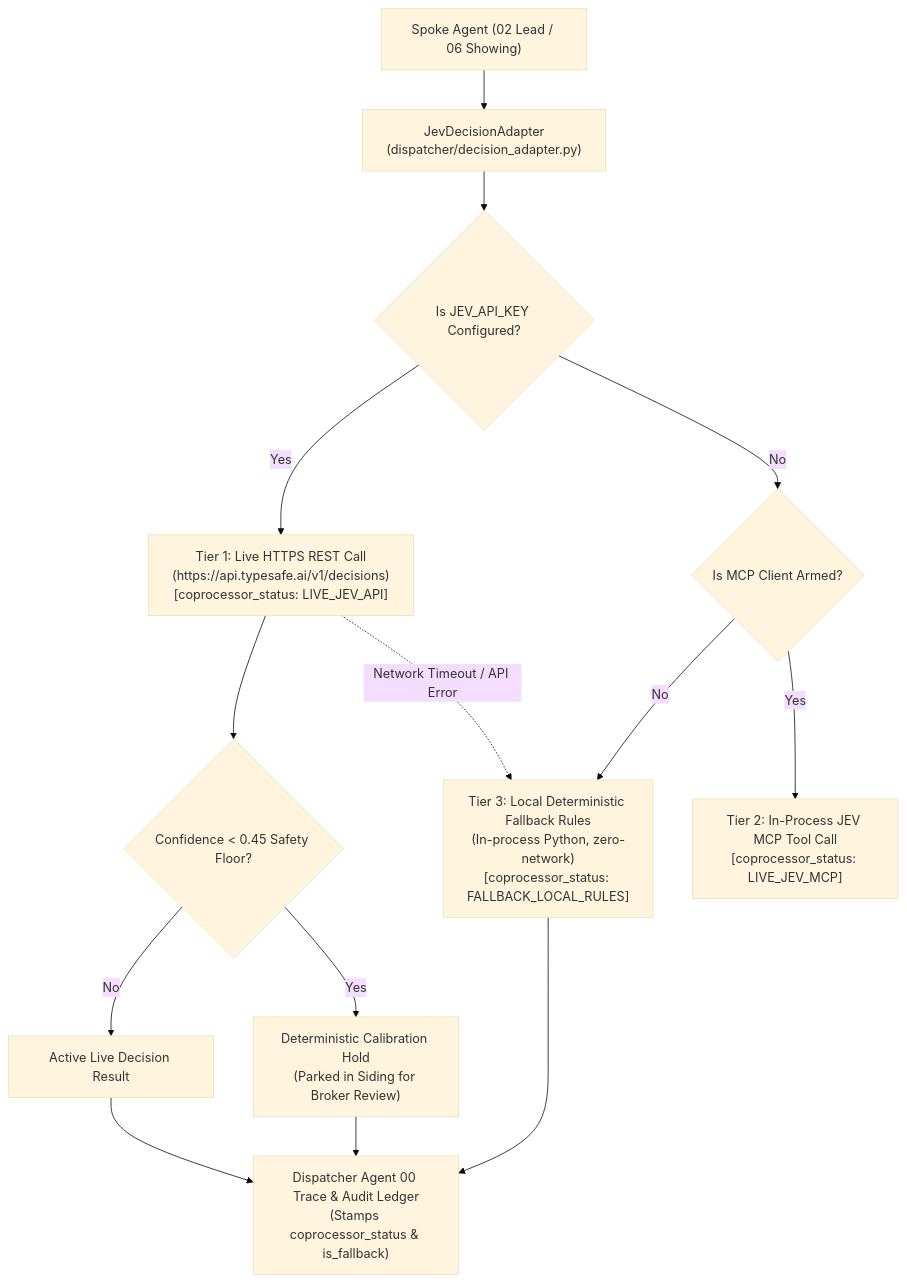
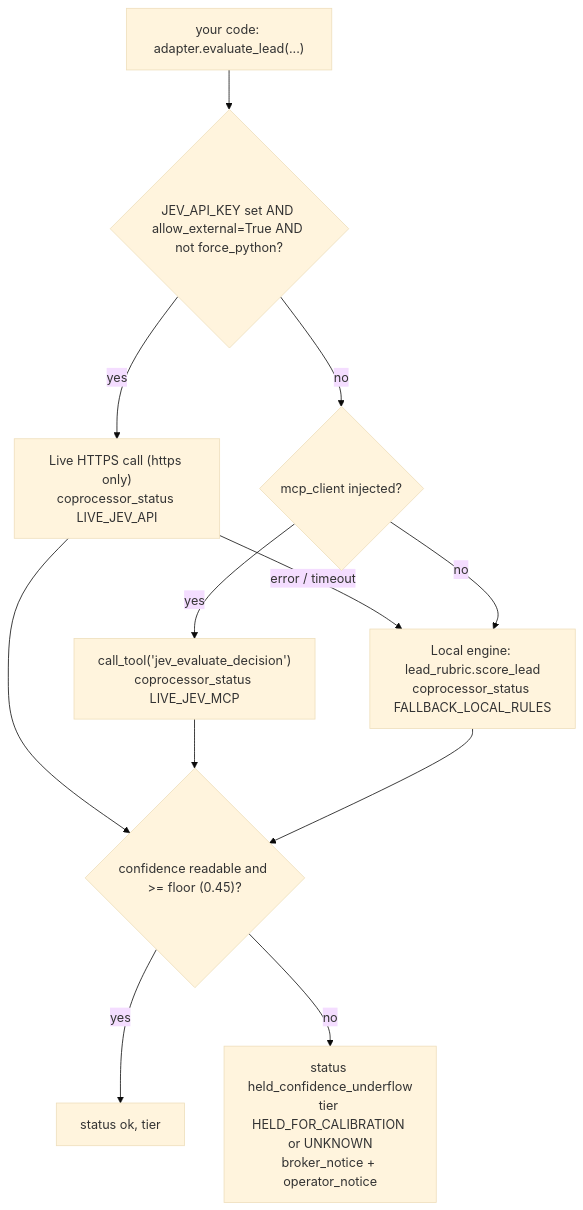
The diagram in docs/JEV_DECISION_PLATFORM.md (QuietFireAI/listing-assistants), drawn with Mermaid (base theme) before and after one commit. The commit also changed other lines of this file and 18 other files, not shown here.

First line of the commit message:
Owner decisions: expired letter voids stated financing; re-opt-in after opt-out needs human confirmation; lead.reply handlers for 04 and 12. Also: JEV doc rewritten, four unsupported docs moved out, drawer inspect reports real hash results

````diff
--- a/docs/JEV_DECISION_PLATFORM.md
+++ b/docs/JEV_DECISION_PLATFORM.md
@@ -13,20 +12,14 @@
 ```mermaid
 flowchart TD
-    Req["Spoke Agent (02 Lead / 06 Showing)"] --> Adapter["JevDecisionAdapter\n(dispatcher/decision_adapter.py)"]
-    
-    Adapter --> KeyCheck{"Is JEV_API_KEY Configured?"}
-    
-    KeyCheck -->|Yes| LiveAPI["Tier 1: Live HTTPS REST Call\n(https://api.typesafe.ai/v1/decisions)\n[coprocessor_status: LIVE_JEV_API]"]
-    LiveAPI --> ConfCheck{"Confidence < 0.45 Safety Floor?"}
-    ConfCheck -->|Yes| CalHold["Deterministic Calibration Hold\n(Parked in Siding for Broker Review)"]
-    ConfCheck -->|No| ActiveResult["Active Live Decision Result"]
-    
-    LiveAPI -.->|Network Timeout / API Error| Fallback
-    KeyCheck -->|No| MCPCheck{"Is MCP Client Armed?"}
-    MCPCheck -->|Yes| MCP["Tier 2: In-Process JEV MCP Tool Call\n[coprocessor_status: LIVE_JEV_MCP]"]
-    MCPCheck -->|No| Fallback["Tier 3: Local Deterministic Fallback Rules\n(In-process Python, zero-network)\n[coprocessor_status: FALLBACK_LOCAL_RULES]"]
-    
-    ActiveResult --> DispatcherTrace["Dispatcher Agent 00 Trace & Audit Ledger\n(Stamps coprocessor_status & is_fallback)"]
-    CalHold --> DispatcherTrace
-    Fallback --> DispatcherTrace
+    Call["your code: adapter.evaluate_lead(...)"] --> Live{"JEV_API_KEY set AND allow_external=True AND not force_python?"}
+    Live -->|yes| HTTPS["Live HTTPS call (https only)<br/>coprocessor_status LIVE_JEV_API"]
+    HTTPS -->|error / timeout| Local
+    Live -->|no| MCP{"mcp_client injected?"}
+    MCP -->|yes| Tool["call_tool('jev_evaluate_decision')<br/>coprocessor_status LIVE_JEV_MCP"]
+    MCP -->|no| Local["Local engine: lead_rubric.score_lead<br/>coprocessor_status FALLBACK_LOCAL_RULES"]
+    HTTPS --> Floor{"confidence readable and >= floor (0.45)?"}
+    Tool --> Floor
+    Local --> Floor
+    Floor -->|yes| OK["status ok, tier"]
+    Floor -->|no| Hold["status held_confidence_underflow<br/>tier HELD_FOR_CALIBRATION or UNKNOWN<br/>broker_notice + operator_notice"]
 ```
````
